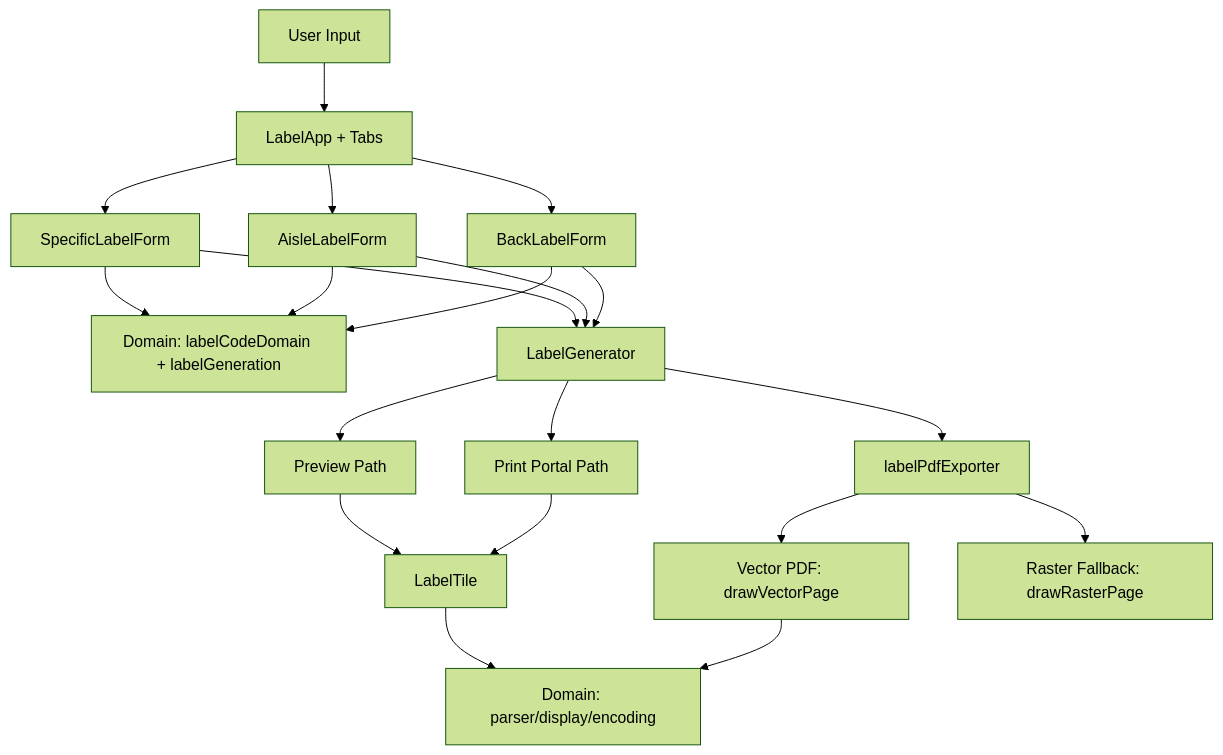
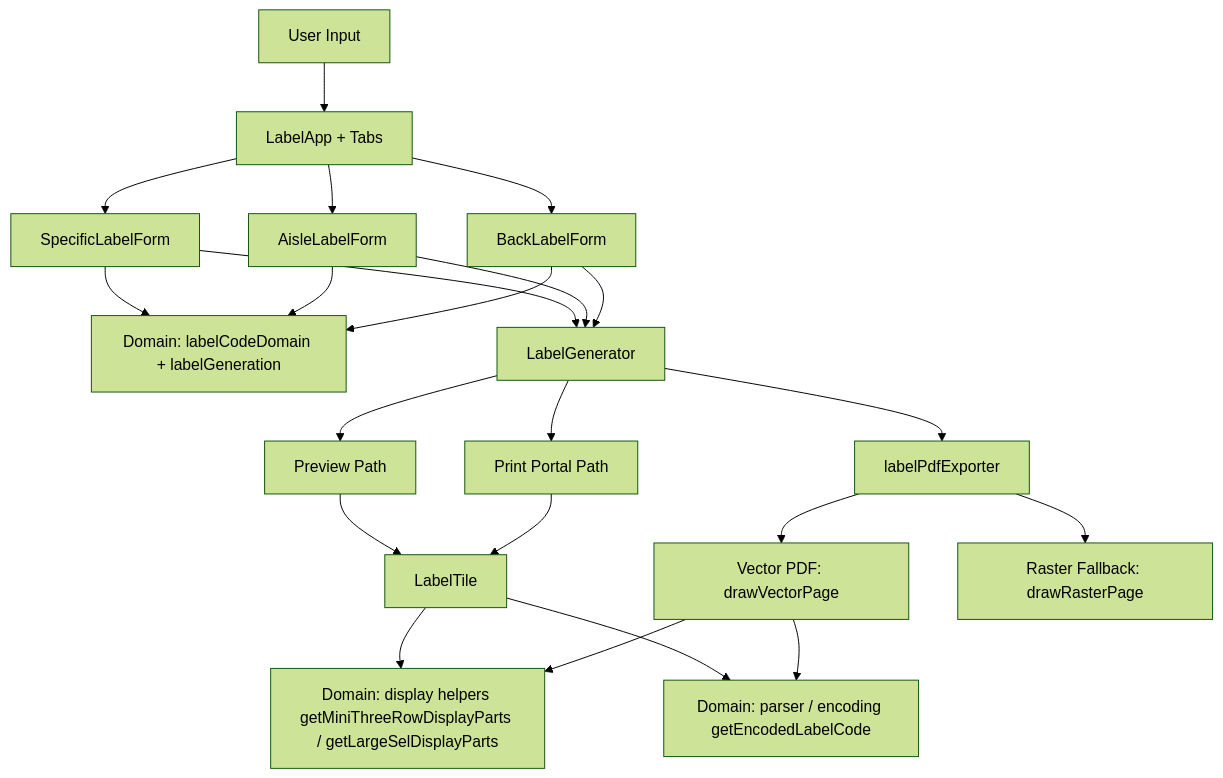
Before and after one commit to TonyGorman/sel-generator: the diagram in README.md, drawn with Mermaid (forest theme). The commit also changed other lines of this file and 19 other files, not shown here.

````diff
--- a/README.md
+++ b/README.md
@@ -59,27 +59,29 @@
 ```mermaid
 flowchart TD
   U[User Input] --> A[LabelApp + Tabs]
   A --> SF[SpecificLabelForm]
   A --> AF[AisleLabelForm]
   A --> BF[BackLabelForm]
 
   SF --> DG[Domain: labelCodeDomain + labelGeneration]
   AF --> DG
   BF --> DG
 
   SF --> LG[LabelGenerator]
   AF --> LG
   BF --> LG
 
   LG --> PL[Preview Path]
   LG --> PR[Print Portal Path]
   LG --> EX[labelPdfExporter]
 
   PL --> LT[LabelTile]
   PR --> LT
-  LT --> D2[Domain: parser/display/encoding]
+  LT --> DH[Domain: display helpers getMiniThreeRowDisplayParts / getLargeSelDisplayParts]
+  LT --> D2[Domain: parser / encoding getEncodedLabelCode]
 
   EX --> VP[Vector PDF: drawVectorPage]
   EX --> RF[Raster Fallback: drawRasterPage]
+  VP --> DH
   VP --> D2
 ```
````
